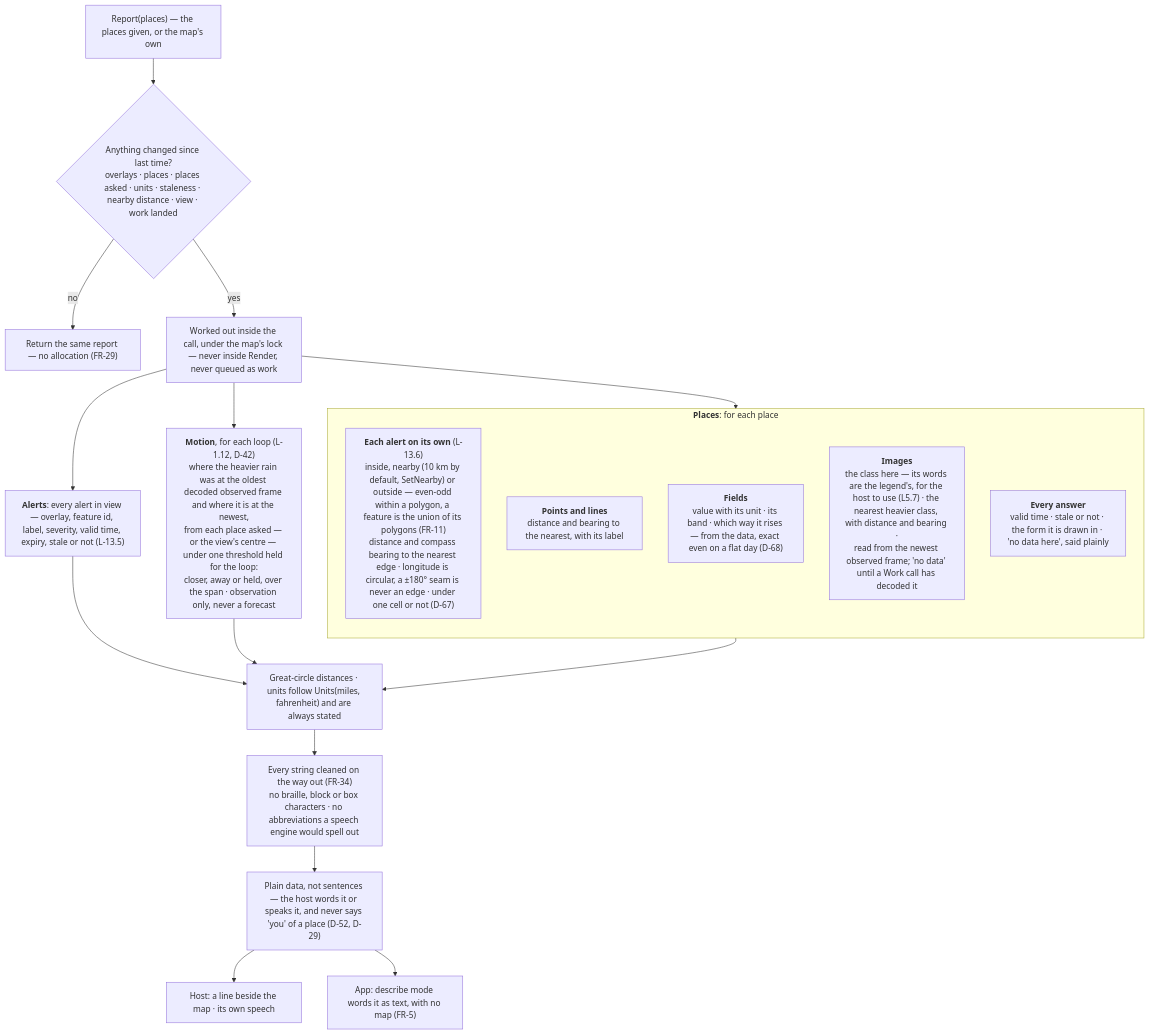
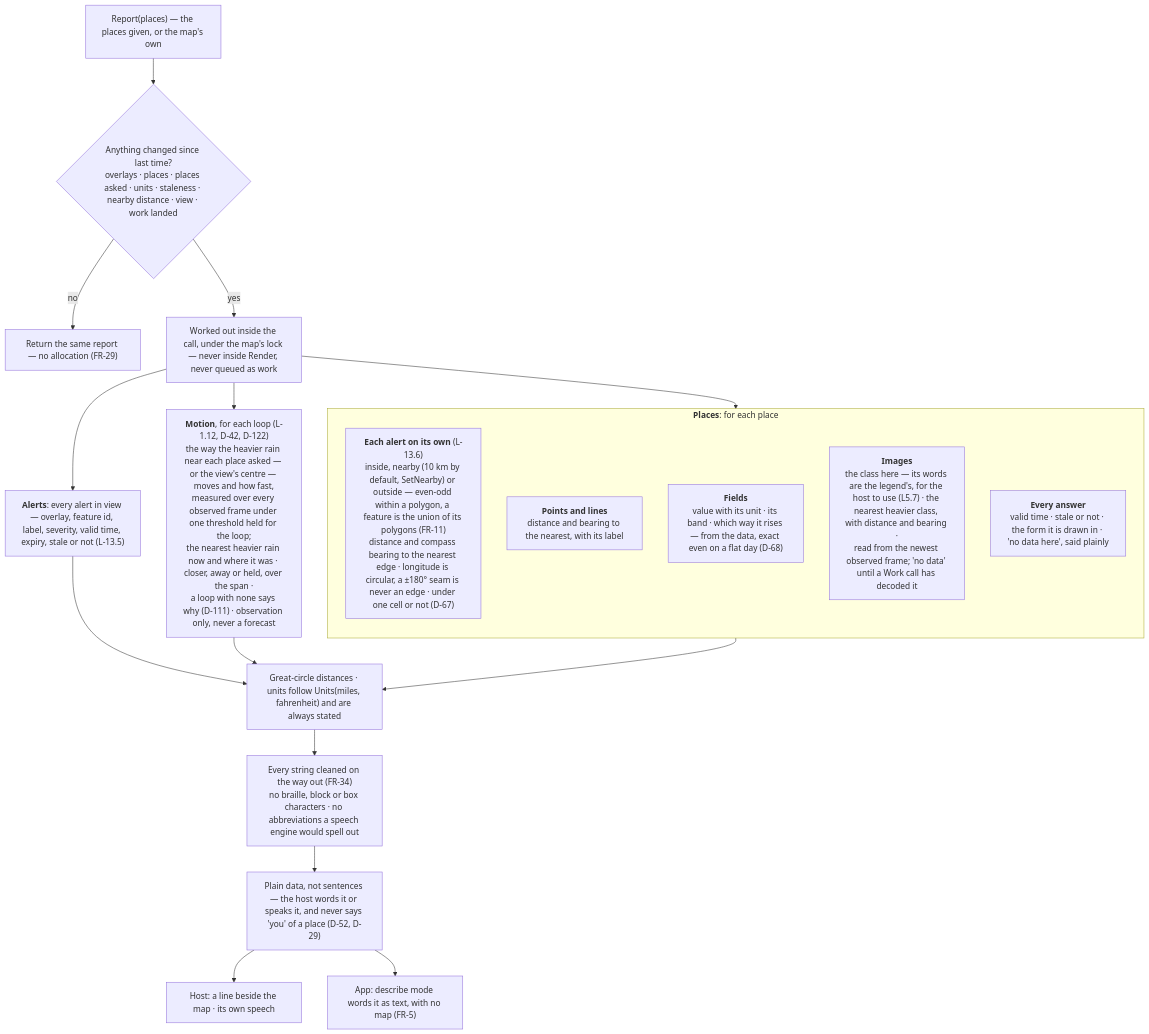
One commit to branden-thompson/go-tuimaps changed the first of 2 diagrams in 06_docs/02_features/go-tuimaps/03-architecture-design/L2-describe.md. Above: the diagram before and after it, drawn with Mermaid. The commit also changed 76 other files, not shown here.

````diff
--- a/06_docs/02_features/go-tuimaps/03-architecture-design/L2-describe.md
+++ b/06_docs/02_features/go-tuimaps/03-architecture-design/L2-describe.md
@@ -13,31 +13,31 @@
 ```mermaid
 flowchart TB
     ASK["Report(places) — the places given, or the map's own"] --> MEMO{"Anything changed since last time?<br/>overlays · places · places asked · units · staleness · nearby distance · view · work landed"}
     MEMO -- no --> SAME["Return the same report — no allocation (FR-29)"]
     MEMO -- yes --> NOW["Worked out inside the call, under the map's lock — never inside Render, never queued as work"]
     NOW --> SHOWN
     NOW --> PER
     NOW --> MOT
 
     SHOWN["<b>Alerts</b>: every alert in view — overlay, feature id, label, severity, valid time, expiry, stale or not (L-13.5)"]
 
     subgraph PER["<b>Places</b>: for each place"]
       direction TB
       A["<b>Each alert on its own</b> (L-13.6)<br/>inside, nearby (10 km by default, SetNearby) or outside — even-odd within a polygon, a feature is the union of its polygons (FR-11)<br/>distance and compass bearing to the nearest edge · longitude is circular, a ±180° seam is never an edge · under one cell or not (D-67)"]
       B["<b>Points and lines</b><br/>distance and bearing to the nearest, with its label"]
       C["<b>Fields</b><br/>value with its unit · its band · which way it rises — from the data, exact even on a flat day (D-68)"]
       D["<b>Images</b><br/>the class here — its words are the legend's, for the host to use (L5.7) · the nearest heavier class, with distance and bearing ·<br/>read from the newest observed frame; 'no data' until a Work call has decoded it"]
       E["<b>Every answer</b><br/>valid time · stale or not · the form it is drawn in · 'no data here', said plainly"]
     end
 
-    MOT["<b>Motion</b>, for each loop (L-1.12, D-42)<br/>where the heavier rain was at the oldest decoded observed frame and where it is at the newest,<br/>from each place asked — or the view's centre — under one threshold held for the loop:<br/>closer, away or held, over the span · observation only, never a forecast"]
+    MOT["<b>Motion</b>, for each loop (L-1.12, D-42, D-122)<br/>the way the heavier rain near each place asked — or the view's centre — moves and how fast,<br/>measured over every observed frame under one threshold held for the loop;<br/>the nearest heavier rain now and where it was · closer, away or held, over the span ·<br/>a loop with none says why (D-111) · observation only, never a forecast"]
 
     SHOWN --> GEO
     PER --> GEO
     MOT --> GEO
     GEO["Great-circle distances · units follow Units(miles, fahrenheit) and are always stated"]
     GEO --> CLEAN["Every string cleaned on the way out (FR-34)<br/>no braille, block or box characters · no abbreviations a speech engine would spell out"]
     CLEAN --> DATA["Plain data, not sentences — the host words it or speaks it, and never says 'you' of a place (D-52, D-29)"]
     DATA --> HOST["Host: a line beside the map · its own speech"]
     DATA --> APP["App: describe mode words it as text, with no map (FR-5)"]
 ```
````
